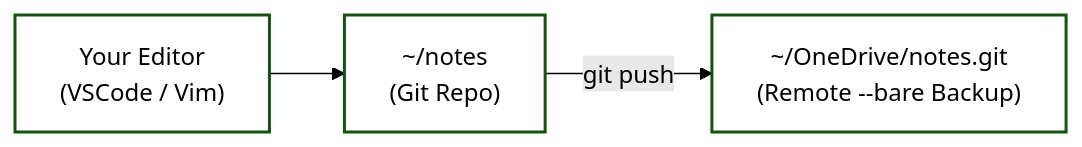
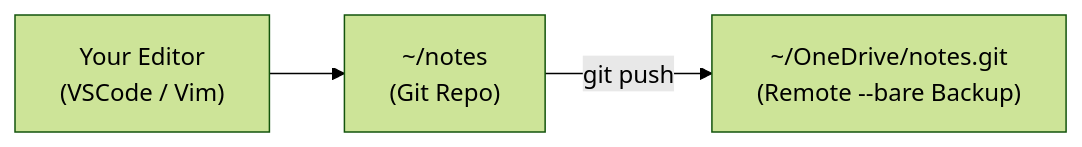
One commit to charnley/blog changed the first of 2 diagrams in _drafts/2025-12-04-note-taking-for-programmers-zk-vscode-vim.md. Above: the diagram before and after it, drawn with Mermaid (forest theme). The commit also changed other lines of this file and 2 other files, not shown here.

Commit message:
Set global mermaid style instead

````diff
--- a/_drafts/2025-12-04-note-taking-for-programmers-zk-vscode-vim.md
+++ b/_drafts/2025-12-04-note-taking-for-programmers-zk-vscode-vim.md
@@ -140,14 +140,10 @@
 ```mermaid
 
 flowchart LR
     Editor["Your Editor<br />(VSCode / Vim)"]
     Notes["~/notes<br />(Git Repo)"]
     OneDrive["~/OneDrive/notes.git<br/>(Remote --bare Backup)"]
 
     Editor --> Notes
     Notes -->|git push| OneDrive
-
-    classDef default stroke-width:2px;
-    classDef default fill: transparent;
-
 ```
````
